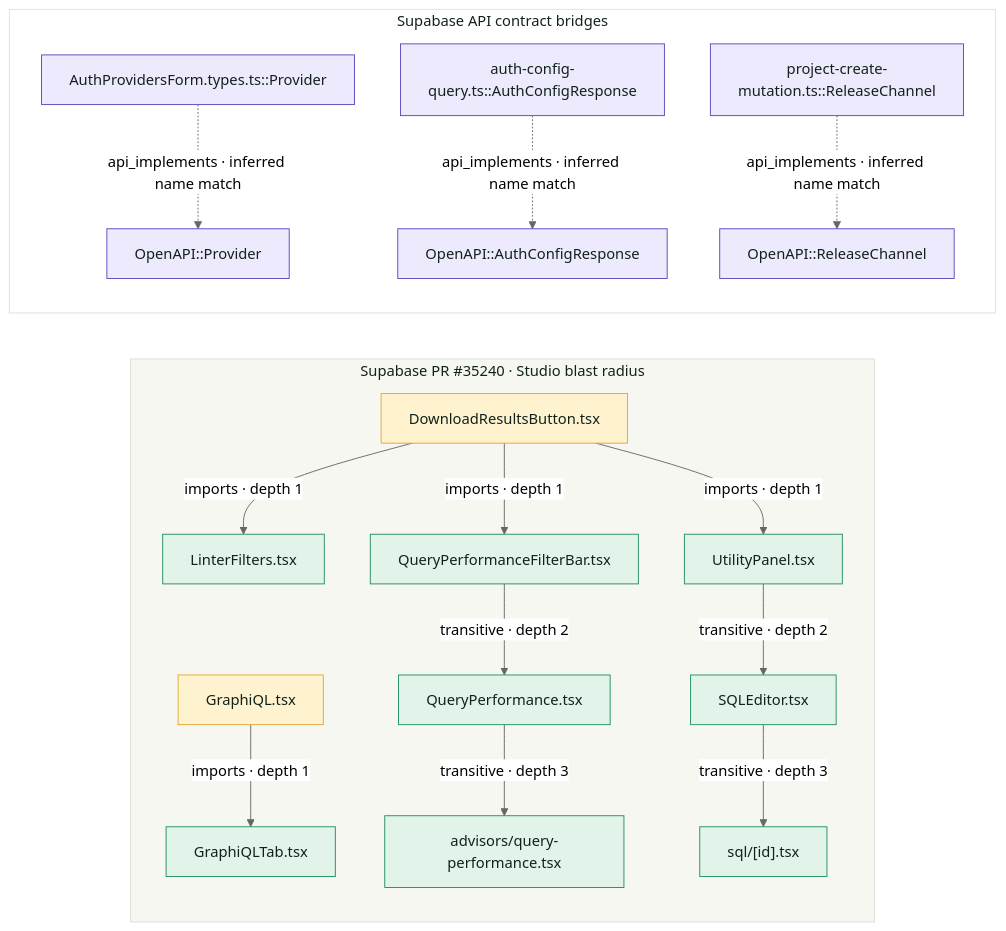
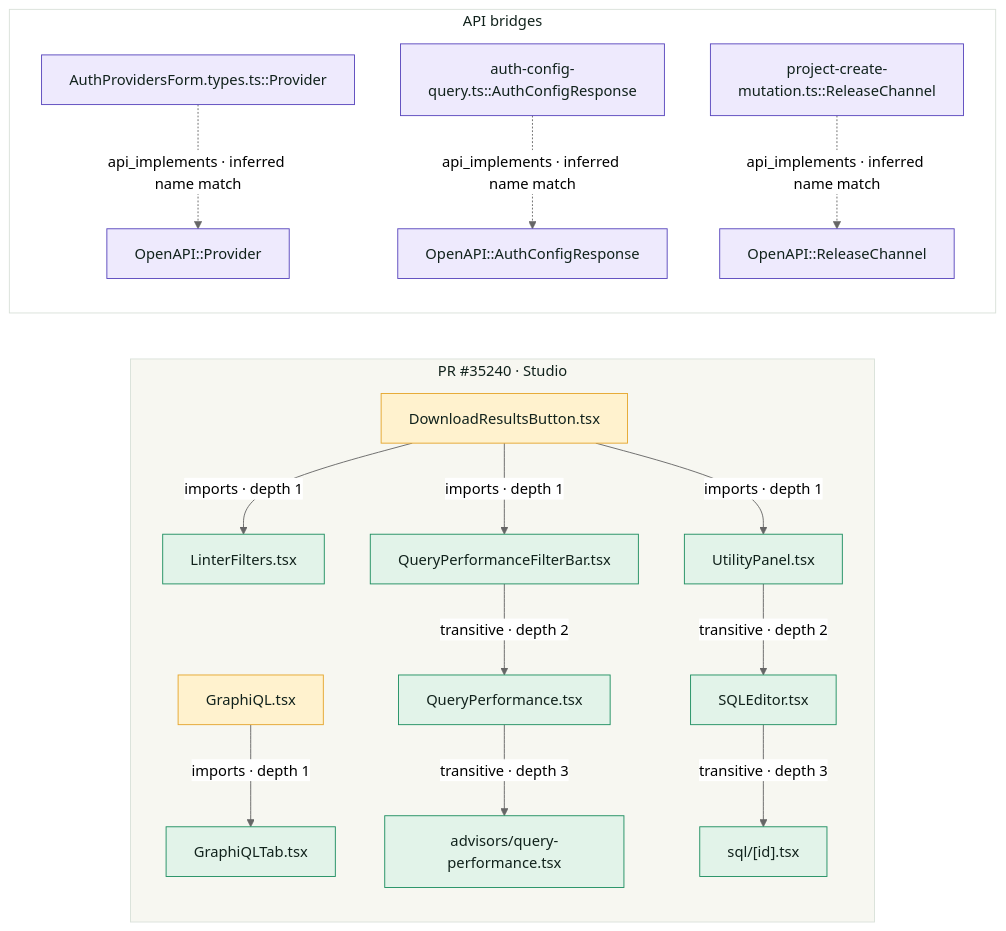
The diagram in README.md (yesprasad/deep-graph), drawn with Mermaid (neutral theme) before and after one commit.

Commit message:
docs: prevent Mermaid subgraph title overlap

````diff
--- a/README.md
+++ b/README.md
@@ -164,46 +164,46 @@
 ```mermaid
 flowchart LR
-  subgraph PR[Supabase PR #35240 · Studio blast radius]
+  subgraph PR[PR #35240 · Studio]
     GraphiQL["GraphiQL.tsx"]
     GraphiQLTab["GraphiQLTab.tsx"]
     Download["DownloadResultsButton.tsx"]
     Linter["LinterFilters.tsx"]
     QueryBar["QueryPerformanceFilterBar.tsx"]
     Utility["UtilityPanel.tsx"]
     QueryPerf["QueryPerformance.tsx"]
     SQLEditor["SQLEditor.tsx"]
     PerfPage["advisors/query-performance.tsx"]
     SqlPage["sql/[id].tsx"]
 
     GraphiQL -->|imports · depth 1| GraphiQLTab
     Download -->|imports · depth 1| Linter
     Download -->|imports · depth 1| QueryBar
     Download -->|imports · depth 1| Utility
     QueryBar -->|transitive · depth 2| QueryPerf
     Utility -->|transitive · depth 2| SQLEditor
     QueryPerf -->|transitive · depth 3| PerfPage
     SQLEditor -->|transitive · depth 3| SqlPage
   end
 
-  subgraph API[Supabase API contract bridges]
+  subgraph API[API bridges]
     ProviderTS["AuthProvidersForm.types.ts::Provider"]
     ProviderAPI["OpenAPI::Provider"]
     AuthTS["auth-config-query.ts::AuthConfigResponse"]
     AuthAPI["OpenAPI::AuthConfigResponse"]
     ReleaseTS["project-create-mutation.ts::ReleaseChannel"]
     ReleaseAPI["OpenAPI::ReleaseChannel"]
 
     ProviderTS -.->|api_implements · inferred name match| ProviderAPI
     AuthTS -.->|api_implements · inferred name match| AuthAPI
     ReleaseTS -.->|api_implements · inferred name match| ReleaseAPI
   end
 
   style PR fill:#f7f7f1,stroke:#d9e1d9,color:#11221c
   style API fill:#ffffff,stroke:#d9e1d9,color:#11221c
   classDef changed fill:#fff2ce,stroke:#e5a62d,color:#11221c;
   classDef impacted fill:#e2f3e9,stroke:#1f8f61,color:#11221c;
   classDef contract fill:#eeeafd,stroke:#5947bd,color:#11221c;
   class GraphiQL,Download changed;
   class GraphiQLTab,Linter,QueryBar,Utility,QueryPerf,SQLEditor,PerfPage,SqlPage impacted;
   class ProviderTS,ProviderAPI,AuthTS,AuthAPI,ReleaseTS,ReleaseAPI contract;
 ```
````
